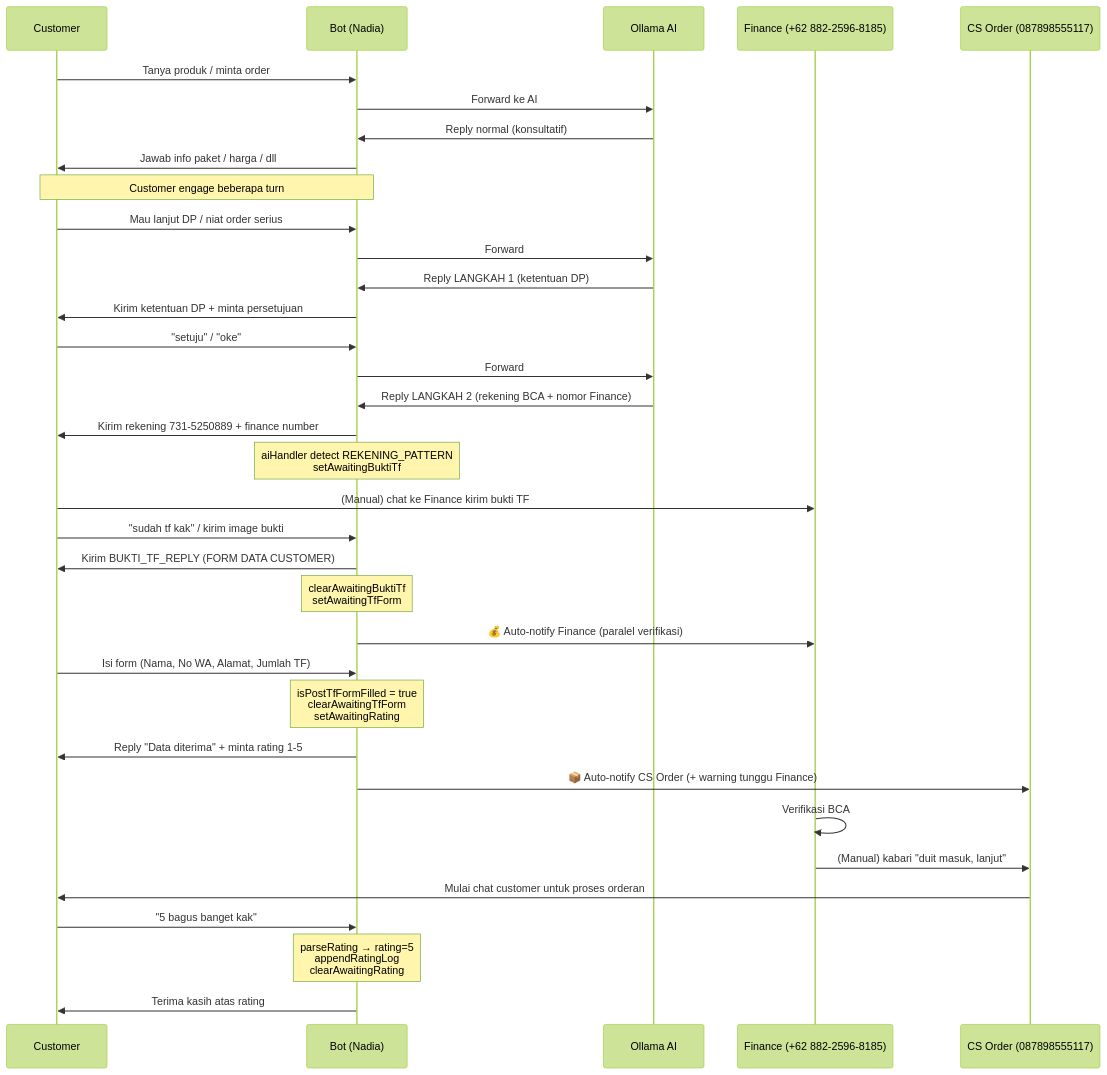
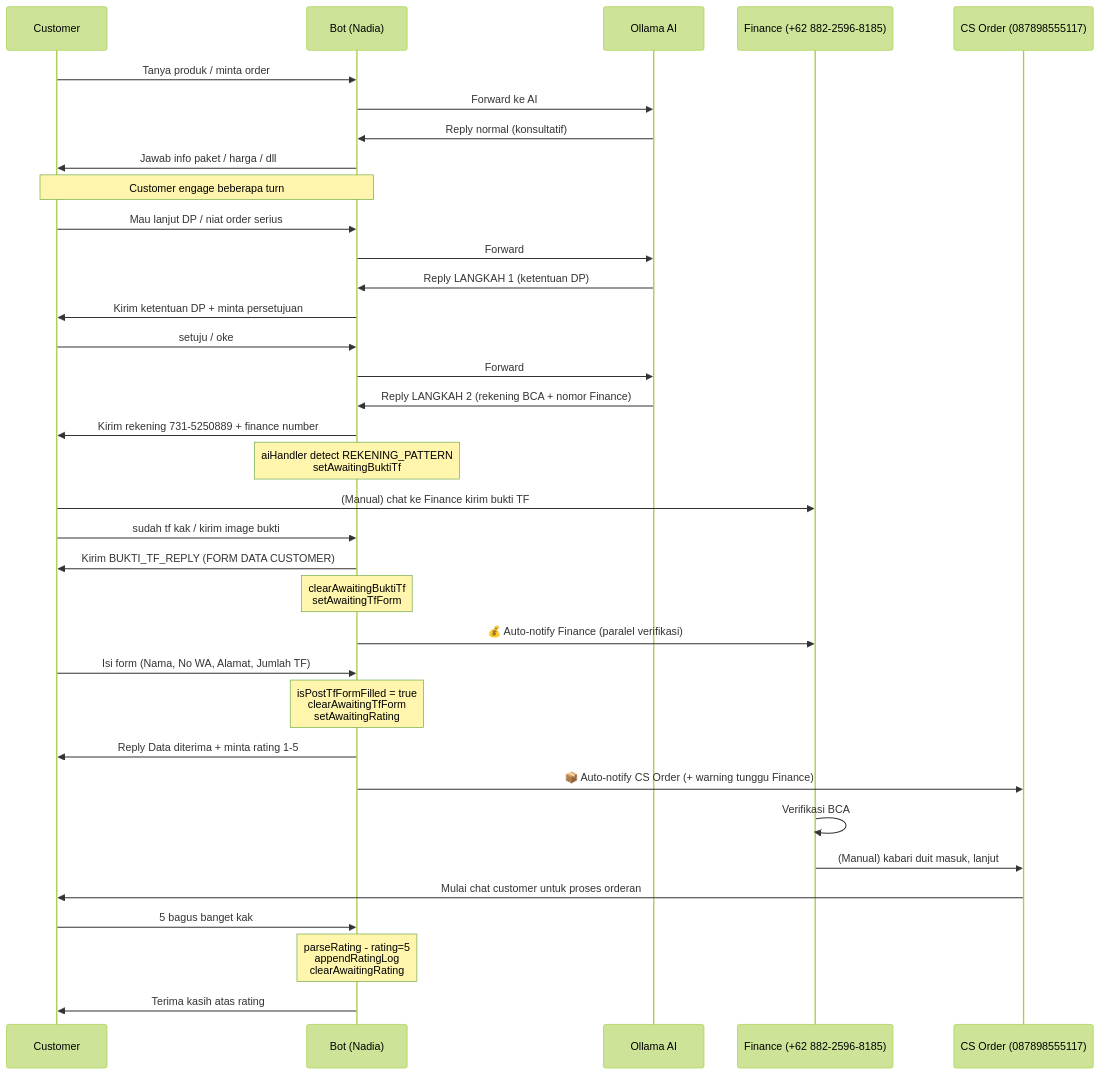
One commit to EzraNahumury/chatbot-wa changed the second of 6 diagrams in REVISI_CHATBOT_REPORT_2026-05-26.md. Above: the diagram before and after it, drawn with Mermaid (forest theme). The commit also changed other lines of this file, not shown here.

Commit message:
fix(docs): mermaid render error — strip inner double quotes & unicode arrows
- 4.1 routing flowchart: hapus inner quotes di node label "tunggu sebentar"
- 4.2 sequence diagram: hapus quotes di message text (setuju, sudah tf, dll)
- 4.5 ongkir flowchart: ganti unicode arrow Jakarta→DKI jadi Jakarta=DKI biar lebih aman
- 4.6 state diagram: hapus quotes di transition label sudah tf

Fix GitHub mermaid parse error "Parse error on line 8" yang membuat diagram 4.1 tidak ter-render.

````diff
--- a/REVISI_CHATBOT_REPORT_2026-05-26.md
+++ b/REVISI_CHATBOT_REPORT_2026-05-26.md
@@ -311,44 +311,44 @@
 ```mermaid
 sequenceDiagram
     participant C as Customer
     participant B as Bot (Nadia)
     participant AI as Ollama AI
     participant F as Finance (+62 882-2596-8185)
     participant O as CS Order (087898555117)
 
     C->>B: Tanya produk / minta order
     B->>AI: Forward ke AI
     AI->>B: Reply normal (konsultatif)
     B->>C: Jawab info paket / harga / dll
 
     Note over C,B: Customer engage beberapa turn
     C->>B: Mau lanjut DP / niat order serius
     B->>AI: Forward
     AI->>B: Reply LANGKAH 1 (ketentuan DP)
     B->>C: Kirim ketentuan DP + minta persetujuan
 
-    C->>B: "setuju" / "oke"
+    C->>B: setuju / oke
     B->>AI: Forward
     AI->>B: Reply LANGKAH 2 (rekening BCA + nomor Finance)
     B->>C: Kirim rekening 731-5250889 + finance number
     Note over B: aiHandler detect REKENING_PATTERN<br/>setAwaitingBuktiTf
 
     C->>F: (Manual) chat ke Finance kirim bukti TF
-    C->>B: "sudah tf kak" / kirim image bukti
+    C->>B: sudah tf kak / kirim image bukti
     B->>C: Kirim BUKTI_TF_REPLY (FORM DATA CUSTOMER)
     Note over B: clearAwaitingBuktiTf<br/>setAwaitingTfForm
     B->>F: 💰 Auto-notify Finance (paralel verifikasi)
 
     C->>B: Isi form (Nama, No WA, Alamat, Jumlah TF)
     Note over B: isPostTfFormFilled = true<br/>clearAwaitingTfForm<br/>setAwaitingRating
-    B->>C: Reply "Data diterima" + minta rating 1-5
+    B->>C: Reply Data diterima + minta rating 1-5
     B->>O: 📦 Auto-notify CS Order (+ warning tunggu Finance)
 
     F->>F: Verifikasi BCA
-    F->>O: (Manual) kabari "duit masuk, lanjut"
+    F->>O: (Manual) kabari duit masuk, lanjut
     O->>C: Mulai chat customer untuk proses orderan
 
-    C->>B: "5 bagus banget kak"
-    Note over B: parseRating → rating=5<br/>appendRatingLog<br/>clearAwaitingRating
+    C->>B: 5 bagus banget kak
+    Note over B: parseRating - rating=5<br/>appendRatingLog<br/>clearAwaitingRating
     B->>C: Terima kasih atas rating
 ```
````
